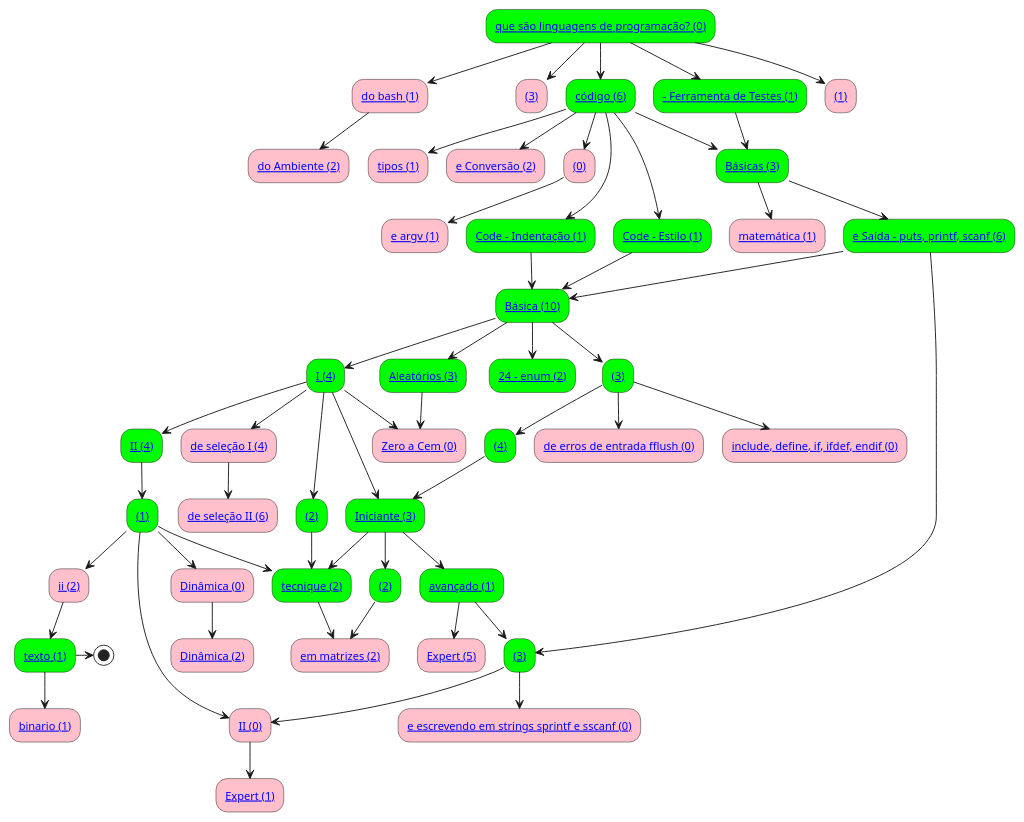
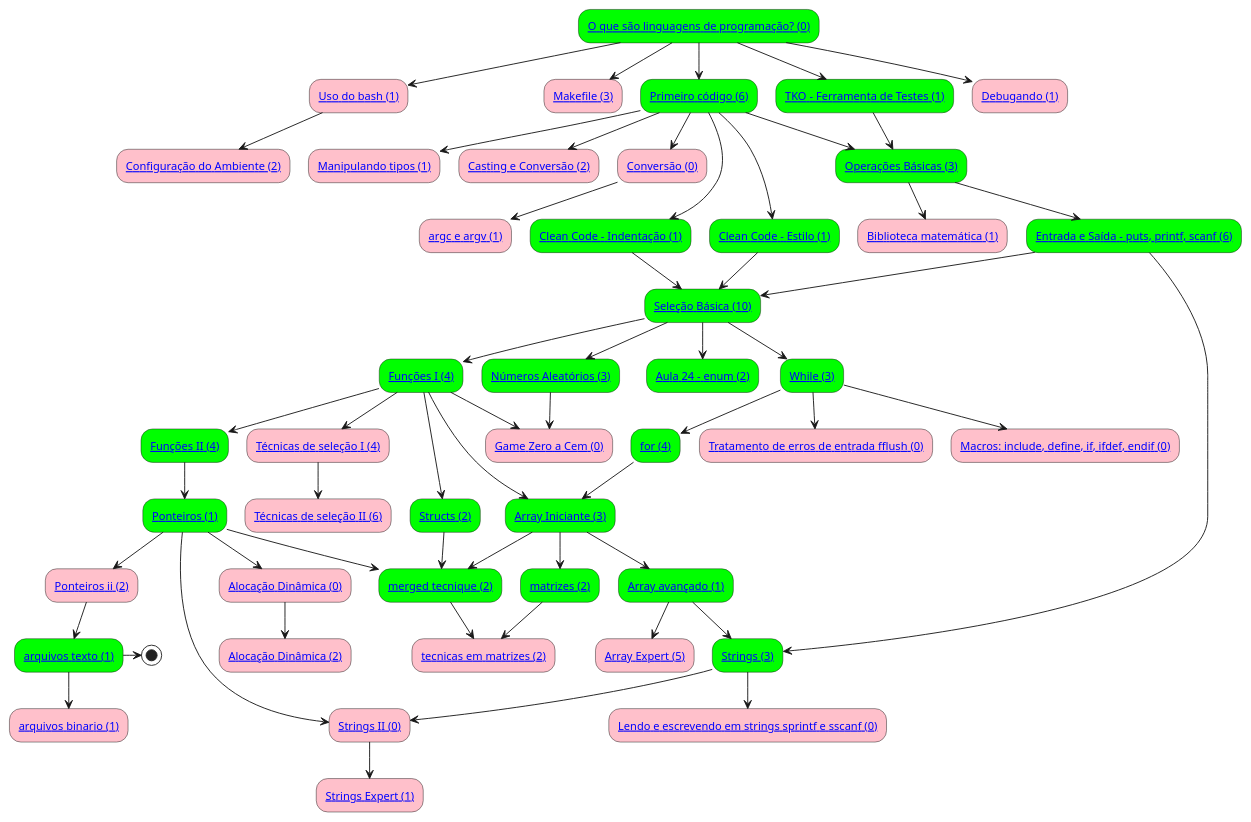
The diagram in graph/graph.puml (senapk/c_is_fun), drawn with PlantUML before and after one commit. The commit also changed 3 other files, not shown here.

```diff
--- a/graph/graph.puml
+++ b/graph/graph.puml
@@ -1,57 +1,57 @@
 @startuml graph
-"[[/o-que-são-linguagens-de-programaçãoO que são linguagens de programação? (0)]]" #lime --> "[[/uso-do-bashUso do bash (1)]]" #pink
-"[[/uso-do-bashUso do bash (1)]]" #pink --> "[[/configuração-do-ambienteConfiguração do Ambiente (2)]]" #pink
-"[[/o-que-são-linguagens-de-programaçãoO que são linguagens de programação? (0)]]" #lime --> "[[/makefileMakefile (3)]]" #pink
-"[[/o-que-são-linguagens-de-programaçãoO que são linguagens de programação? (0)]]" #lime --> "[[/primeiro-códigoPrimeiro código (6)]]" #lime
-"[[/entrada-e-saída---puts-printf-scanfEntrada e Saída - puts, printf, scanf (6)]]" #lime --> "[[/stringsStrings (3)]]" #lime
-"[[/primeiro-códigoPrimeiro código (6)]]" #lime --> "[[/clean-code---estiloClean Code - Estilo (1)]]" #lime
-"[[/primeiro-códigoPrimeiro código (6)]]" #lime --> "[[/clean-code---indentaçãoClean Code - Indentação (1)]]" #lime
-"[[/primeiro-códigoPrimeiro código (6)]]" #lime --> "[[/manipulando-tiposManipulando tipos (1)]]" #pink
-"[[/primeiro-códigoPrimeiro código (6)]]" #lime --> "[[/casting-e-conversãoCasting e Conversão (2)]]" #pink
-"[[/primeiro-códigoPrimeiro código (6)]]" #lime --> "[[/conversãoConversão (0)]]" #pink
-"[[/primeiro-códigoPrimeiro código (6)]]" #lime --> "[[/operações-básicasOperações Básicas (3)]]" #lime
-"[[/tko---ferramenta-de-testesTKO - Ferramenta de Testes (1)]]" #lime --> "[[/operações-básicasOperações Básicas (3)]]" #lime
-"[[/operações-básicasOperações Básicas (3)]]" #lime --> "[[/biblioteca-matemáticaBiblioteca matemática (1)]]" #pink
-"[[/operações-básicasOperações Básicas (3)]]" #lime --> "[[/entrada-e-saída---puts-printf-scanfEntrada e Saída - puts, printf, scanf (6)]]" #lime
-"[[/stringsStrings (3)]]" #lime --> "[[/lendo-e-escrevendo-em-strings-sprintf-e-sscanfLendo e escrevendo em strings sprintf e sscanf (0)]]" #pink
-"[[/whileWhile (3)]]" #lime --> "[[/tratamento-de-erros-de-entrada-fflushTratamento de erros de entrada fflush (0)]]" #pink
-"[[/whileWhile (3)]]" #lime --> "[[/macros-include-define-if-ifdef-endifMacros: include, define, if, ifdef, endif (0)]]" #pink
-"[[/o-que-são-linguagens-de-programaçãoO que são linguagens de programação? (0)]]" #lime --> "[[/tko---ferramenta-de-testesTKO - Ferramenta de Testes (1)]]" #lime
-"[[/entrada-e-saída---puts-printf-scanfEntrada e Saída - puts, printf, scanf (6)]]" #lime --> "[[/seleção-básicaSeleção Básica (10)]]" #lime
-"[[/clean-code---estiloClean Code - Estilo (1)]]" #lime --> "[[/seleção-básicaSeleção Básica (10)]]" #lime
-"[[/clean-code---indentaçãoClean Code - Indentação (1)]]" #lime --> "[[/seleção-básicaSeleção Básica (10)]]" #lime
-"[[/o-que-são-linguagens-de-programaçãoO que são linguagens de programação? (0)]]" #lime --> "[[/debugandoDebugando (1)]]" #pink
-"[[/funções-iFunções I (4)]]" #lime --> "[[/técnicas-de-seleção-iTécnicas de seleção I (4)]]" #pink
-"[[/técnicas-de-seleção-iTécnicas de seleção I (4)]]" #pink --> "[[/técnicas-de-seleção-iiTécnicas de seleção II (6)]]" #pink
-"[[/seleção-básicaSeleção Básica (10)]]" #lime --> "[[/funções-iFunções I (4)]]" #lime
-"[[/funções-iFunções I (4)]]" #lime --> "[[/funções-iiFunções II (4)]]" #lime
-"[[/seleção-básicaSeleção Básica (10)]]" #lime --> "[[/whileWhile (3)]]" #lime
-"[[/whileWhile (3)]]" #lime --> "[[/forfor (4)]]" #lime
-"[[/seleção-básicaSeleção Básica (10)]]" #lime --> "[[/números-aleatóriosNúmeros Aleatórios (3)]]" #lime
-"[[/números-aleatóriosNúmeros Aleatórios (3)]]" #lime --> "[[/game-zero-a-cemGame Zero a Cem (0)]]" #pink
-"[[/funções-iFunções I (4)]]" #lime --> "[[/game-zero-a-cemGame Zero a Cem (0)]]" #pink
-"[[/conversãoConversão (0)]]" #pink --> "[[/argc-e-argvargc e argv (1)]]" #pink
-"[[/forfor (4)]]" #lime --> "[[/array-inicianteArray Iniciante (3)]]" #lime
-"[[/funções-iFunções I (4)]]" #lime --> "[[/array-inicianteArray Iniciante (3)]]" #lime
-"[[/array-inicianteArray Iniciante (3)]]" #lime --> "[[/array-avançadoArray avançado (1)]]" #lime
-"[[/array-avançadoArray avançado (1)]]" #lime --> "[[/array-expertArray Expert (5)]]" #pink
-"[[/array-avançadoArray avançado (1)]]" #lime --> "[[/stringsStrings (3)]]" #lime
-"[[/stringsStrings (3)]]" #lime --> "[[/strings-iiStrings II (0)]]" #pink
-"[[/ponteirosPonteiros (1)]]" #lime --> "[[/strings-iiStrings II (0)]]" #pink
-"[[/strings-iiStrings II (0)]]" #pink --> "[[/strings-expertStrings Expert (1)]]" #pink
-"[[/funções-iiFunções II (4)]]" #lime --> "[[/ponteirosPonteiros (1)]]" #lime
-"[[/funções-iFunções I (4)]]" #lime --> "[[/structsStructs (2)]]" #lime
-"[[/array-inicianteArray Iniciante (3)]]" #lime --> "[[/matrizesmatrizes (2)]]" #lime
-"[[/matrizesmatrizes (2)]]" #lime --> "[[/tecnicas-em-matrizestecnicas em matrizes (2)]]" #pink
-"[[/merged-tecniquemerged tecnique (2)]]" #lime --> "[[/tecnicas-em-matrizestecnicas em matrizes (2)]]" #pink
-"[[/ponteirosPonteiros (1)]]" #lime --> "[[/merged-tecniquemerged tecnique (2)]]" #lime
-"[[/array-inicianteArray Iniciante (3)]]" #lime --> "[[/merged-tecniquemerged tecnique (2)]]" #lime
-"[[/structsStructs (2)]]" #lime --> "[[/merged-tecniquemerged tecnique (2)]]" #lime
-"[[/seleção-básicaSeleção Básica (10)]]" #lime --> "[[/aula-24---enumAula 24 - enum (2)]]" #lime
-"[[/ponteirosPonteiros (1)]]" #lime --> "[[/ponteiros-iiPonteiros ii (2)]]" #pink
-"[[/ponteirosPonteiros (1)]]" #lime --> "[[/alocação-dinâmicaAlocação Dinâmica (0)]]" #pink
-"[[/alocação-dinâmicaAlocação Dinâmica (0)]]" #pink --> "[[/alocação-dinâmicaAlocação Dinâmica (2)]]" #pink
-"[[/ponteiros-iiPonteiros ii (2)]]" #pink --> "[[/arquivos-textoarquivos texto (1)]]" #lime
-"[[/arquivos-textoarquivos texto (1)]]" #lime --> "[[/arquivos-binarioarquivos binario (1)]]" #pink
-"[[/arquivos-textoarquivos texto (1)]]" #lime -> (*)
+"[[https://github.com/senapk/c_is_fun/blob/main/graph/Readme.md#o-que-são-linguagens-de-programação O que são linguagens de programação? (0)]]" #lime --> "[[https://github.com/senapk/c_is_fun/blob/main/graph/Readme.md#uso-do-bash Uso do bash (1)]]" #pink
+"[[https://github.com/senapk/c_is_fun/blob/main/graph/Readme.md#uso-do-bash Uso do bash (1)]]" #pink --> "[[https://github.com/senapk/c_is_fun/blob/main/graph/Readme.md#configuração-do-ambiente Configuração do Ambiente (2)]]" #pink
+"[[https://github.com/senapk/c_is_fun/blob/main/graph/Readme.md#o-que-são-linguagens-de-programação O que são linguagens de programação? (0)]]" #lime --> "[[https://github.com/senapk/c_is_fun/blob/main/graph/Readme.md#makefile Makefile (3)]]" #pink
+"[[https://github.com/senapk/c_is_fun/blob/main/graph/Readme.md#o-que-são-linguagens-de-programação O que são linguagens de programação? (0)]]" #lime --> "[[https://github.com/senapk/c_is_fun/blob/main/graph/Readme.md#primeiro-código Primeiro código (6)]]" #lime
+"[[https://github.com/senapk/c_is_fun/blob/main/graph/Readme.md#entrada-e-saída---puts-printf-scanf Entrada e Saída - puts, printf, scanf (6)]]" #lime --> "[[https://github.com/senapk/c_is_fun/blob/main/graph/Readme.md#strings Strings (3)]]" #lime
+"[[https://github.com/senapk/c_is_fun/blob/main/graph/Readme.md#primeiro-código Primeiro código (6)]]" #lime --> "[[https://github.com/senapk/c_is_fun/blob/main/graph/Readme.md#clean-code---estilo Clean Code - Estilo (1)]]" #lime
+"[[https://github.com/senapk/c_is_fun/blob/main/graph/Readme.md#primeiro-código Primeiro código (6)]]" #lime --> "[[https://github.com/senapk/c_is_fun/blob/main/graph/Readme.md#clean-code---indentação Clean Code - Indentação (1)]]" #lime
+"[[https://github.com/senapk/c_is_fun/blob/main/graph/Readme.md#primeiro-código Primeiro código (6)]]" #lime --> "[[https://github.com/senapk/c_is_fun/blob/main/graph/Readme.md#manipulando-tipos Manipulando tipos (1)]]" #pink
+"[[https://github.com/senapk/c_is_fun/blob/main/graph/Readme.md#primeiro-código Primeiro código (6)]]" #lime --> "[[https://github.com/senapk/c_is_fun/blob/main/graph/Readme.md#casting-e-conversão Casting e Conversão (2)]]" #pink
+"[[https://github.com/senapk/c_is_fun/blob/main/graph/Readme.md#primeiro-código Primeiro código (6)]]" #lime --> "[[https://github.com/senapk/c_is_fun/blob/main/graph/Readme.md#conversão Conversão (0)]]" #pink
+"[[https://github.com/senapk/c_is_fun/blob/main/graph/Readme.md#primeiro-código Primeiro código (6)]]" #lime --> "[[https://github.com/senapk/c_is_fun/blob/main/graph/Readme.md#operações-básicas Operações Básicas (3)]]" #lime
+"[[https://github.com/senapk/c_is_fun/blob/main/graph/Readme.md#tko---ferramenta-de-testes TKO - Ferramenta de Testes (1)]]" #lime --> "[[https://github.com/senapk/c_is_fun/blob/main/graph/Readme.md#operações-básicas Operações Básicas (3)]]" #lime
+"[[https://github.com/senapk/c_is_fun/blob/main/graph/Readme.md#operações-básicas Operações Básicas (3)]]" #lime --> "[[https://github.com/senapk/c_is_fun/blob/main/graph/Readme.md#biblioteca-matemática Biblioteca matemática (1)]]" #pink
+"[[https://github.com/senapk/c_is_fun/blob/main/graph/Readme.md#operações-básicas Operações Básicas (3)]]" #lime --> "[[https://github.com/senapk/c_is_fun/blob/main/graph/Readme.md#entrada-e-saída---puts-printf-scanf Entrada e Saída - puts, printf, scanf (6)]]" #lime
+"[[https://github.com/senapk/c_is_fun/blob/main/graph/Readme.md#strings Strings (3)]]" #lime --> "[[https://github.com/senapk/c_is_fun/blob/main/graph/Readme.md#lendo-e-escrevendo-em-strings-sprintf-e-sscanf Lendo e escrevendo em strings sprintf e sscanf (0)]]" #pink
+"[[https://github.com/senapk/c_is_fun/blob/main/graph/Readme.md#while While (3)]]" #lime --> "[[https://github.com/senapk/c_is_fun/blob/main/graph/Readme.md#tratamento-de-erros-de-entrada-fflush Tratamento de erros de entrada fflush (0)]]" #pink
+"[[https://github.com/senapk/c_is_fun/blob/main/graph/Readme.md#while While (3)]]" #lime --> "[[https://github.com/senapk/c_is_fun/blob/main/graph/Readme.md#macros-include-define-if-ifdef-endif Macros: include, define, if, ifdef, endif (0)]]" #pink
+"[[https://github.com/senapk/c_is_fun/blob/main/graph/Readme.md#o-que-são-linguagens-de-programação O que são linguagens de programação? (0)]]" #lime --> "[[https://github.com/senapk/c_is_fun/blob/main/graph/Readme.md#tko---ferramenta-de-testes TKO - Ferramenta de Testes (1)]]" #lime
+"[[https://github.com/senapk/c_is_fun/blob/main/graph/Readme.md#entrada-e-saída---puts-printf-scanf Entrada e Saída - puts, printf, scanf (6)]]" #lime --> "[[https://github.com/senapk/c_is_fun/blob/main/graph/Readme.md#seleção-básica Seleção Básica (10)]]" #lime
+"[[https://github.com/senapk/c_is_fun/blob/main/graph/Readme.md#clean-code---estilo Clean Code - Estilo (1)]]" #lime --> "[[https://github.com/senapk/c_is_fun/blob/main/graph/Readme.md#seleção-básica Seleção Básica (10)]]" #lime
+"[[https://github.com/senapk/c_is_fun/blob/main/graph/Readme.md#clean-code---indentação Clean Code - Indentação (1)]]" #lime --> "[[https://github.com/senapk/c_is_fun/blob/main/graph/Readme.md#seleção-básica Seleção Básica (10)]]" #lime
+"[[https://github.com/senapk/c_is_fun/blob/main/graph/Readme.md#o-que-são-linguagens-de-programação O que são linguagens de programação? (0)]]" #lime --> "[[https://github.com/senapk/c_is_fun/blob/main/graph/Readme.md#debugando Debugando (1)]]" #pink
+"[[https://github.com/senapk/c_is_fun/blob/main/graph/Readme.md#funções-i Funções I (4)]]" #lime --> "[[https://github.com/senapk/c_is_fun/blob/main/graph/Readme.md#técnicas-de-seleção-i Técnicas de seleção I (4)]]" #pink
+"[[https://github.com/senapk/c_is_fun/blob/main/graph/Readme.md#técnicas-de-seleção-i Técnicas de seleção I (4)]]" #pink --> "[[https://github.com/senapk/c_is_fun/blob/main/graph/Readme.md#técnicas-de-seleção-ii Técnicas de seleção II (6)]]" #pink
+"[[https://github.com/senapk/c_is_fun/blob/main/graph/Readme.md#seleção-básica Seleção Básica (10)]]" #lime --> "[[https://github.com/senapk/c_is_fun/blob/main/graph/Readme.md#funções-i Funções I (4)]]" #lime
+"[[https://github.com/senapk/c_is_fun/blob/main/graph/Readme.md#funções-i Funções I (4)]]" #lime --> "[[https://github.com/senapk/c_is_fun/blob/main/graph/Readme.md#funções-ii Funções II (4)]]" #lime
+"[[https://github.com/senapk/c_is_fun/blob/main/graph/Readme.md#seleção-básica Seleção Básica (10)]]" #lime --> "[[https://github.com/senapk/c_is_fun/blob/main/graph/Readme.md#while While (3)]]" #lime
+"[[https://github.com/senapk/c_is_fun/blob/main/graph/Readme.md#while While (3)]]" #lime --> "[[https://github.com/senapk/c_is_fun/blob/main/graph/Readme.md#for for (4)]]" #lime
+"[[https://github.com/senapk/c_is_fun/blob/main/graph/Readme.md#seleção-básica Seleção Básica (10)]]" #lime --> "[[https://github.com/senapk/c_is_fun/blob/main/graph/Readme.md#números-aleatórios Números Aleatórios (3)]]" #lime
+"[[https://github.com/senapk/c_is_fun/blob/main/graph/Readme.md#números-aleatórios Números Aleatórios (3)]]" #lime --> "[[https://github.com/senapk/c_is_fun/blob/main/graph/Readme.md#game-zero-a-cem Game Zero a Cem (0)]]" #pink
+"[[https://github.com/senapk/c_is_fun/blob/main/graph/Readme.md#funções-i Funções I (4)]]" #lime --> "[[https://github.com/senapk/c_is_fun/blob/main/graph/Readme.md#game-zero-a-cem Game Zero a Cem (0)]]" #pink
+"[[https://github.com/senapk/c_is_fun/blob/main/graph/Readme.md#conversão Conversão (0)]]" #pink --> "[[https://github.com/senapk/c_is_fun/blob/main/graph/Readme.md#argc-e-argv argc e argv (1)]]" #pink
+"[[https://github.com/senapk/c_is_fun/blob/main/graph/Readme.md#for for (4)]]" #lime --> "[[https://github.com/senapk/c_is_fun/blob/main/graph/Readme.md#array-iniciante Array Iniciante (3)]]" #lime
+"[[https://github.com/senapk/c_is_fun/blob/main/graph/Readme.md#funções-i Funções I (4)]]" #lime --> "[[https://github.com/senapk/c_is_fun/blob/main/graph/Readme.md#array-iniciante Array Iniciante (3)]]" #lime
+"[[https://github.com/senapk/c_is_fun/blob/main/graph/Readme.md#array-iniciante Array Iniciante (3)]]" #lime --> "[[https://github.com/senapk/c_is_fun/blob/main/graph/Readme.md#array-avançado Array avançado (1)]]" #lime
+"[[https://github.com/senapk/c_is_fun/blob/main/graph/Readme.md#array-avançado Array avançado (1)]]" #lime --> "[[https://github.com/senapk/c_is_fun/blob/main/graph/Readme.md#array-expert Array Expert (5)]]" #pink
+"[[https://github.com/senapk/c_is_fun/blob/main/graph/Readme.md#array-avançado Array avançado (1)]]" #lime --> "[[https://github.com/senapk/c_is_fun/blob/main/graph/Readme.md#strings Strings (3)]]" #lime
+"[[https://github.com/senapk/c_is_fun/blob/main/graph/Readme.md#strings Strings (3)]]" #lime --> "[[https://github.com/senapk/c_is_fun/blob/main/graph/Readme.md#strings-ii Strings II (0)]]" #pink
+"[[https://github.com/senapk/c_is_fun/blob/main/graph/Readme.md#ponteiros Ponteiros (1)]]" #lime --> "[[https://github.com/senapk/c_is_fun/blob/main/graph/Readme.md#strings-ii Strings II (0)]]" #pink
+"[[https://github.com/senapk/c_is_fun/blob/main/graph/Readme.md#strings-ii Strings II (0)]]" #pink --> "[[https://github.com/senapk/c_is_fun/blob/main/graph/Readme.md#strings-expert Strings Expert (1)]]" #pink
+"[[https://github.com/senapk/c_is_fun/blob/main/graph/Readme.md#funções-ii Funções II (4)]]" #lime --> "[[https://github.com/senapk/c_is_fun/blob/main/graph/Readme.md#ponteiros Ponteiros (1)]]" #lime
+"[[https://github.com/senapk/c_is_fun/blob/main/graph/Readme.md#funções-i Funções I (4)]]" #lime --> "[[https://github.com/senapk/c_is_fun/blob/main/graph/Readme.md#structs Structs (2)]]" #lime
+"[[https://github.com/senapk/c_is_fun/blob/main/graph/Readme.md#array-iniciante Array Iniciante (3)]]" #lime --> "[[https://github.com/senapk/c_is_fun/blob/main/graph/Readme.md#matrizes matrizes (2)]]" #lime
+"[[https://github.com/senapk/c_is_fun/blob/main/graph/Readme.md#matrizes matrizes (2)]]" #lime --> "[[https://github.com/senapk/c_is_fun/blob/main/graph/Readme.md#tecnicas-em-matrizes tecnicas em matrizes (2)]]" #pink
+"[[https://github.com/senapk/c_is_fun/blob/main/graph/Readme.md#merged-tecnique merged tecnique (2)]]" #lime --> "[[https://github.com/senapk/c_is_fun/blob/main/graph/Readme.md#tecnicas-em-matrizes tecnicas em matrizes (2)]]" #pink
+"[[https://github.com/senapk/c_is_fun/blob/main/graph/Readme.md#ponteiros Ponteiros (1)]]" #lime --> "[[https://github.com/senapk/c_is_fun/blob/main/graph/Readme.md#merged-tecnique merged tecnique (2)]]" #lime
+"[[https://github.com/senapk/c_is_fun/blob/main/graph/Readme.md#array-iniciante Array Iniciante (3)]]" #lime --> "[[https://github.com/senapk/c_is_fun/blob/main/graph/Readme.md#merged-tecnique merged tecnique (2)]]" #lime
+"[[https://github.com/senapk/c_is_fun/blob/main/graph/Readme.md#structs Structs (2)]]" #lime --> "[[https://github.com/senapk/c_is_fun/blob/main/graph/Readme.md#merged-tecnique merged tecnique (2)]]" #lime
+"[[https://github.com/senapk/c_is_fun/blob/main/graph/Readme.md#seleção-básica Seleção Básica (10)]]" #lime --> "[[https://github.com/senapk/c_is_fun/blob/main/graph/Readme.md#aula-24---enum Aula 24 - enum (2)]]" #lime
+"[[https://github.com/senapk/c_is_fun/blob/main/graph/Readme.md#ponteiros Ponteiros (1)]]" #lime --> "[[https://github.com/senapk/c_is_fun/blob/main/graph/Readme.md#ponteiros-ii Ponteiros ii (2)]]" #pink
+"[[https://github.com/senapk/c_is_fun/blob/main/graph/Readme.md#ponteiros Ponteiros (1)]]" #lime --> "[[https://github.com/senapk/c_is_fun/blob/main/graph/Readme.md#alocação-dinâmica Alocação Dinâmica (0)]]" #pink
+"[[https://github.com/senapk/c_is_fun/blob/main/graph/Readme.md#alocação-dinâmica Alocação Dinâmica (0)]]" #pink --> "[[https://github.com/senapk/c_is_fun/blob/main/graph/Readme.md#alocação-dinâmica Alocação Dinâmica (2)]]" #pink
+"[[https://github.com/senapk/c_is_fun/blob/main/graph/Readme.md#ponteiros-ii Ponteiros ii (2)]]" #pink --> "[[https://github.com/senapk/c_is_fun/blob/main/graph/Readme.md#arquivos-texto arquivos texto (1)]]" #lime
+"[[https://github.com/senapk/c_is_fun/blob/main/graph/Readme.md#arquivos-texto arquivos texto (1)]]" #lime --> "[[https://github.com/senapk/c_is_fun/blob/main/graph/Readme.md#arquivos-binario arquivos binario (1)]]" #pink
+"[[https://github.com/senapk/c_is_fun/blob/main/graph/Readme.md#arquivos-texto arquivos texto (1)]]" #lime -> (*)
 @enduml
```
